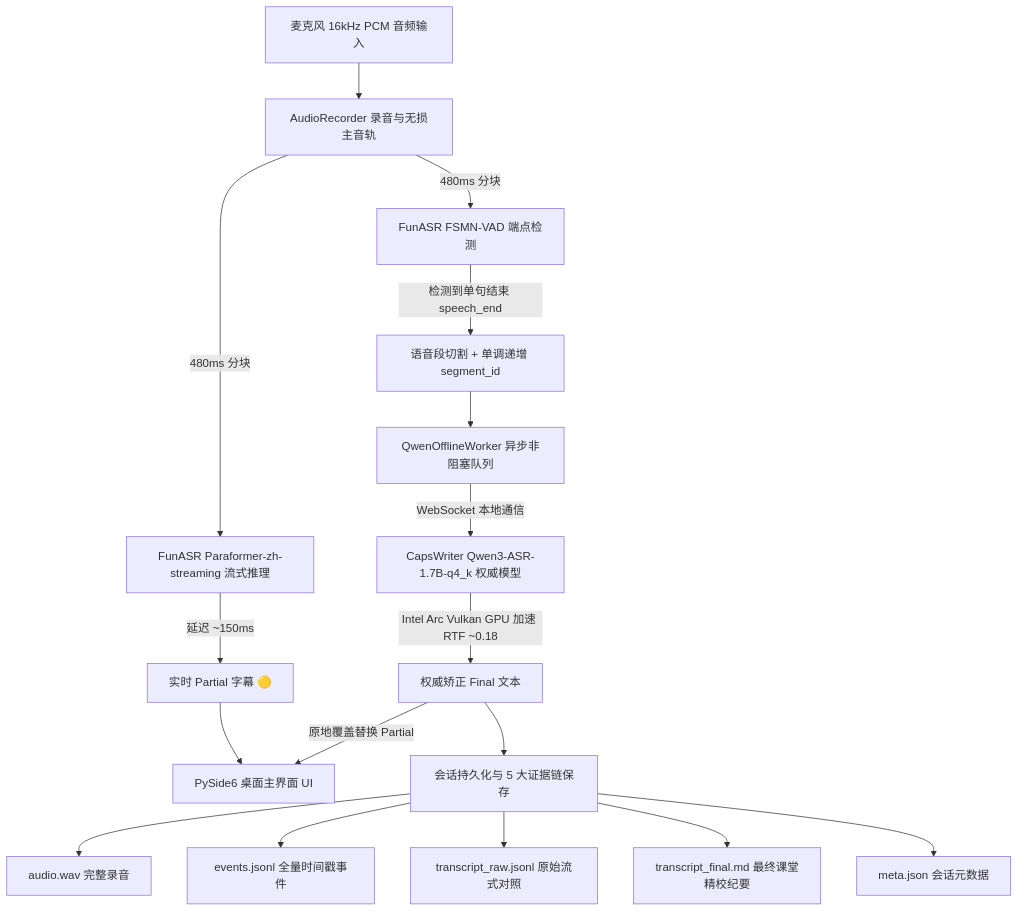
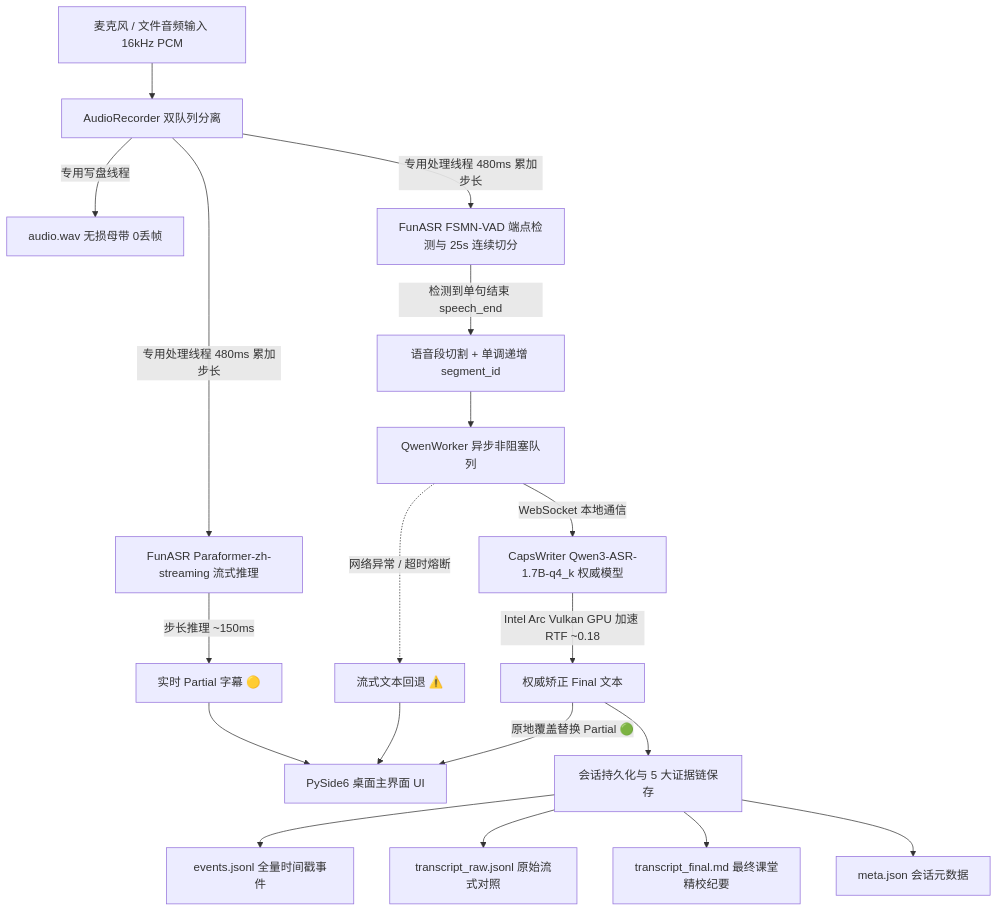
Before and after one commit to Aname-eng/classroom-hybrid-asr: the diagram in README.md, drawn with Mermaid. The commit also changed other lines of this file and 15 other files, not shown here.

Commit message:
fix: harden classroom hybrid 2-pass ASR audio pipeline, accumulator, VAD continuation and graceful shutdown

````diff
--- a/README.md
+++ b/README.md
@@ -31,24 +32,27 @@
 ```mermaid
 flowchart TD
-    A[麦克风 16kHz PCM 音频输入] --> B[AudioRecorder 录音与无损主音轨]
-    B -->|480ms 分块| C[FunASR FSMN-VAD 端点检测]
-    B -->|480ms 分块| D[FunASR Paraformer-zh-streaming 流式推理]
+    A[麦克风 / 文件音频输入 16kHz PCM] --> B[AudioRecorder 双队列分离]
+    B -->|专用写盘线程| L1[audio.wav 无损母带 0丢帧]
+    B -->|专用处理线程 480ms 累加步长| C[FunASR FSMN-VAD 端点检测与 25s 连续切分]
+    B -->|专用处理线程 480ms 累加步长| D[FunASR Paraformer-zh-streaming 流式推理]
     
-    D -->|延迟 ~150ms| E[实时 Partial 字幕 🟡]
+    D -->|步长推理 ~150ms| E[实时 Partial 字幕 🟡]
     E --> F[PySide6 桌面主界面 UI]
     
     C -->|检测到单句结束 speech_end| G[语音段切割 + 单调递增 segment_id]
-    G --> H[QwenOfflineWorker 异步非阻塞队列]
+    G --> H[QwenWorker 异步非阻塞队列]
     
     H -->|WebSocket 本地通信| I[CapsWriter Qwen3-ASR-1.7B-q4_k 权威模型]
     I -->|Intel Arc Vulkan GPU 加速 RTF ~0.18| J[权威矫正 Final 文本]
     
-    J -->|原地覆盖替换 Partial| F
+    H -.->|网络异常 / 超时熔断| J2[流式文本回退 ⚠️]
+    J2 --> F
+    
+    J -->|原地覆盖替换 Partial 🟢| F
     J --> K[会话持久化与 5 大证据链保存]
     
-    K --> L1[audio.wav 完整录音]
     K --> L2[events.jsonl 全量时间戳事件]
     K --> L3[transcript_raw.jsonl 原始流式对照]
     K --> L4[transcript_final.md 最终课堂精校纪要]
     K --> L5[meta.json 会话元数据]
 ```
````
